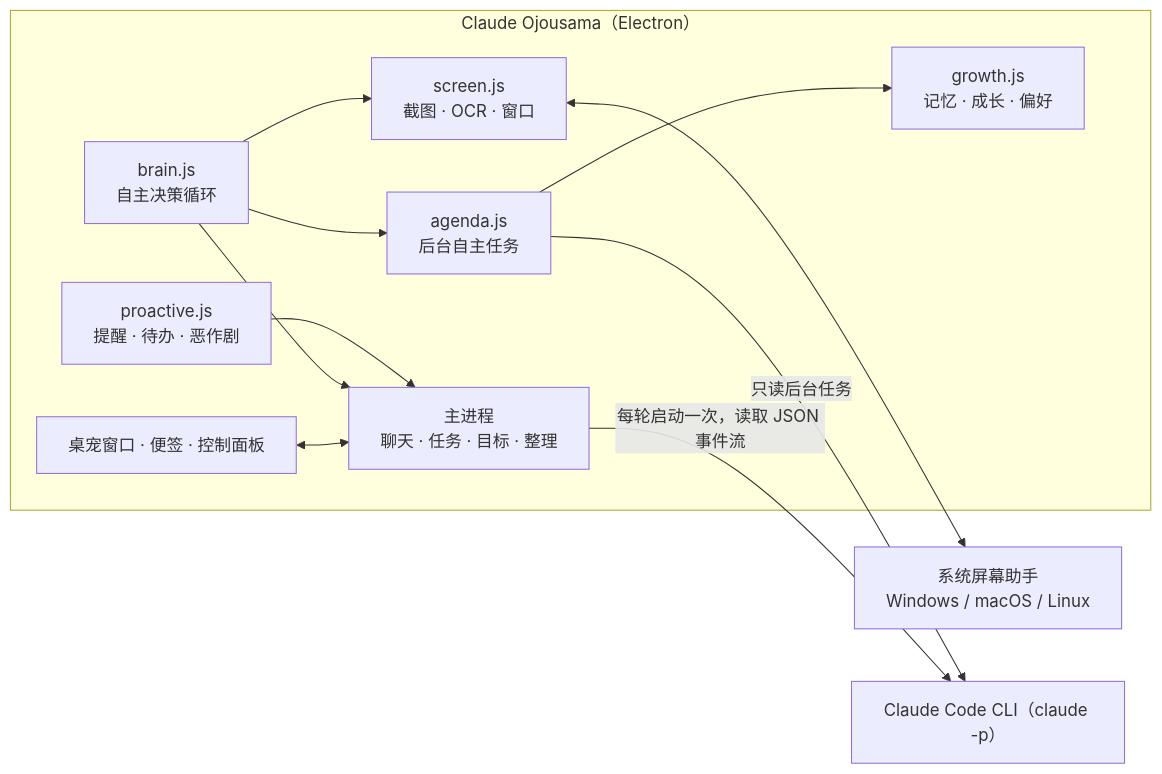
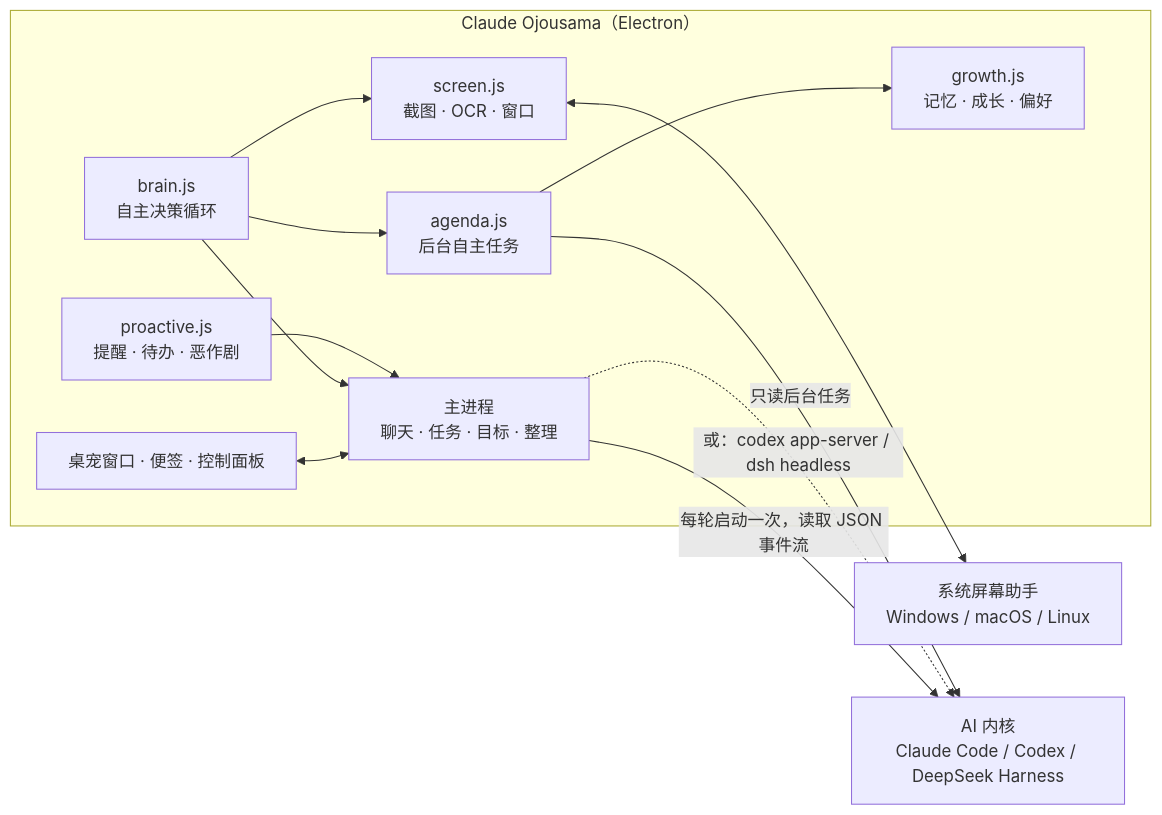
One commit to SunriseXDXD/claude-ojousama changed the diagram in README.md. Above: the diagram before and after it, drawn with Mermaid. The commit also changed other lines of this file and 139 other files, not shown here.

Commit message:
Updated support for dsh and codex

````diff
--- a/README.md
+++ b/README.md
@@ -228,23 +276,24 @@
 ```mermaid
 flowchart LR
   subgraph Pet["Claude Ojousama（Electron）"]
     R["桌宠窗口 · 便签 · 控制面板"]
     M["主进程<br/>聊天 · 任务 · 目标 · 整理"]
     B["brain.js<br/>自主决策循环"]
     P["proactive.js<br/>提醒 · 待办 · 恶作剧"]
     A["agenda.js<br/>后台自主任务"]
     G["growth.js<br/>记忆 · 成长 · 偏好"]
     S["screen.js<br/>截图 · OCR · 窗口"]
   end
   H["系统屏幕助手<br/>Windows / macOS / Linux"]
-  D["Claude Code CLI（claude -p）"]
+  D["AI 内核<br/>Claude Code / Codex / DeepSeek Harness"]
   R <--> M
   B --> M
   B --> A
   A --> G
   P --> M
   S <--> H
   B --> S
   M -- "每轮启动一次，读取 JSON 事件流" --> D
+  M -. "或：codex app-server / dsh headless" .-> D
   A -- "只读后台任务" --> D
 ```
````
